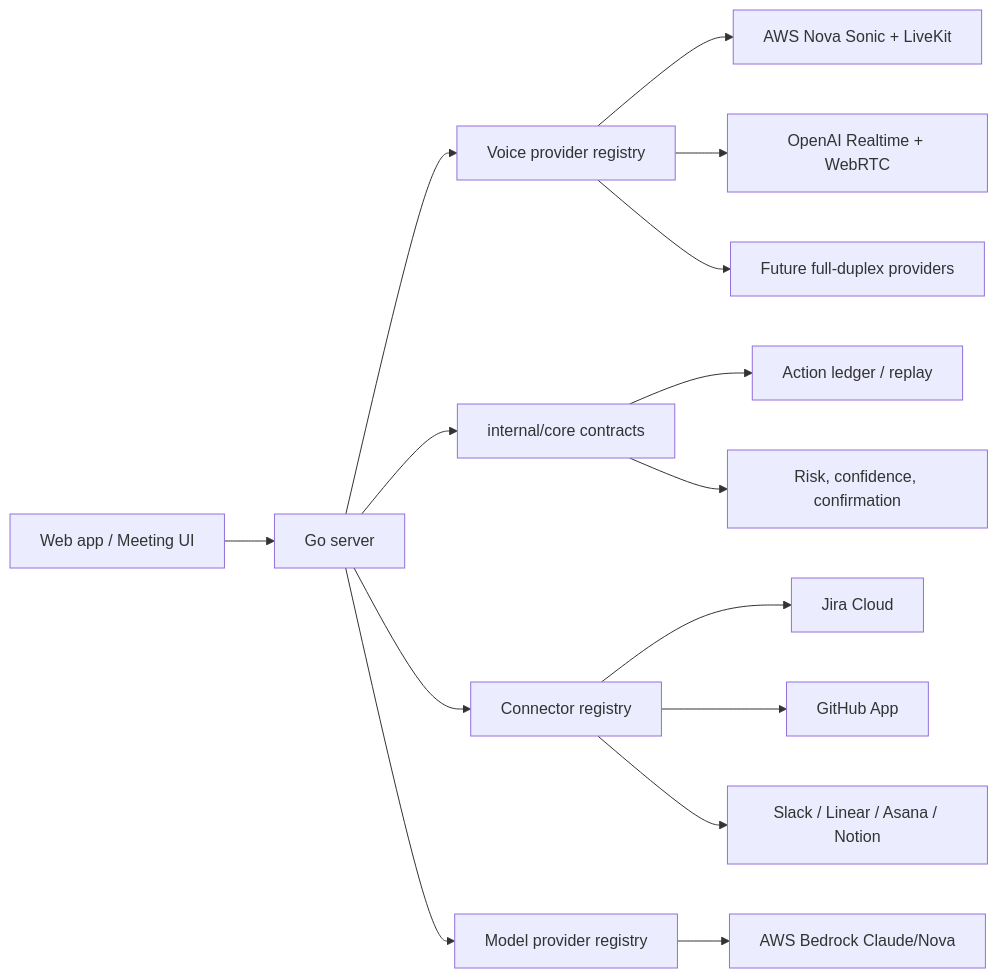
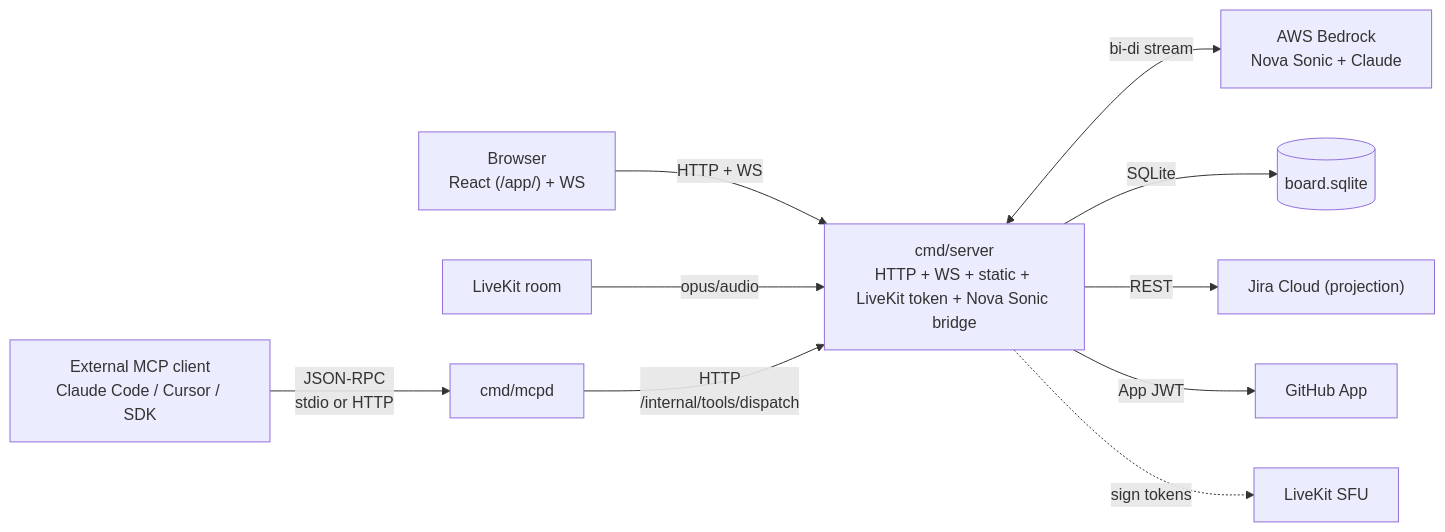
One commit to somoore/auto-bot changed the diagram in docs/architecture.md. Above: the diagram before and after it, drawn with Mermaid. The commit also changed other lines of this file, not shown here.

First line of the commit message:
docs: rewrite architecture.md for v2 canonical board + MCP + closed loop

````diff
--- a/docs/architecture.md
+++ b/docs/architecture.md
@@ -7,17 +16,14 @@
 ```mermaid
 flowchart LR
-  Browser["Web app / Meeting UI"] --> Server["Go server"]
-  Server --> Voice["Voice provider registry"]
-  Voice --> Nova["AWS Nova Sonic + LiveKit"]
-  Voice --> Realtime["OpenAI Realtime + WebRTC"]
-  Voice --> FutureVoice["Future full-duplex providers"]
-  Server --> Core["internal/core contracts"]
-  Core --> Ledger["Action ledger / replay"]
-  Core --> Policy["Risk, confidence, confirmation"]
-  Server --> Connectors["Connector registry"]
-  Connectors --> Jira["Jira Cloud"]
-  Connectors --> GitHub["GitHub App"]
-  Connectors --> FutureTools["Slack / Linear / Asana / Notion"]
-  Server --> Models["Model provider registry"]
-  Models --> Bedrock["AWS Bedrock Claude/Nova"]
+  Browser["Browser<br/>React (/app/) + WS"] -->|HTTP + WS| Server
+  VoiceRoom["LiveKit room"] -->|opus/audio| Server
+  ExtClient["External MCP client<br/>Claude Code / Cursor / SDK"] -->|JSON-RPC<br/>stdio or HTTP| MCPD["cmd/mcpd"]
+  MCPD -->|HTTP<br/>/internal/tools/dispatch| Server
+
+  Server["cmd/server<br/>HTTP + WS + static + LiveKit token + Nova Sonic bridge"]
+  Server <-->|bi-di stream| Bedrock["AWS Bedrock<br/>Nova Sonic + Claude"]
+  Server -->|SQLite| Store[(board.sqlite)]
+  Server -->|REST| Jira["Jira Cloud (projection)"]
+  Server -->|App JWT| GitHub["GitHub App"]
+  Server -.->|sign tokens| LiveKit["LiveKit SFU"]
 ```
````
